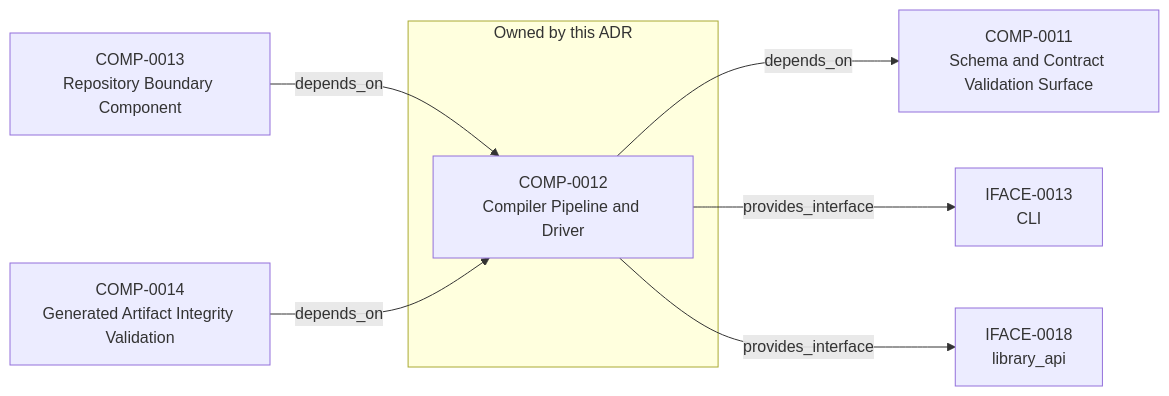
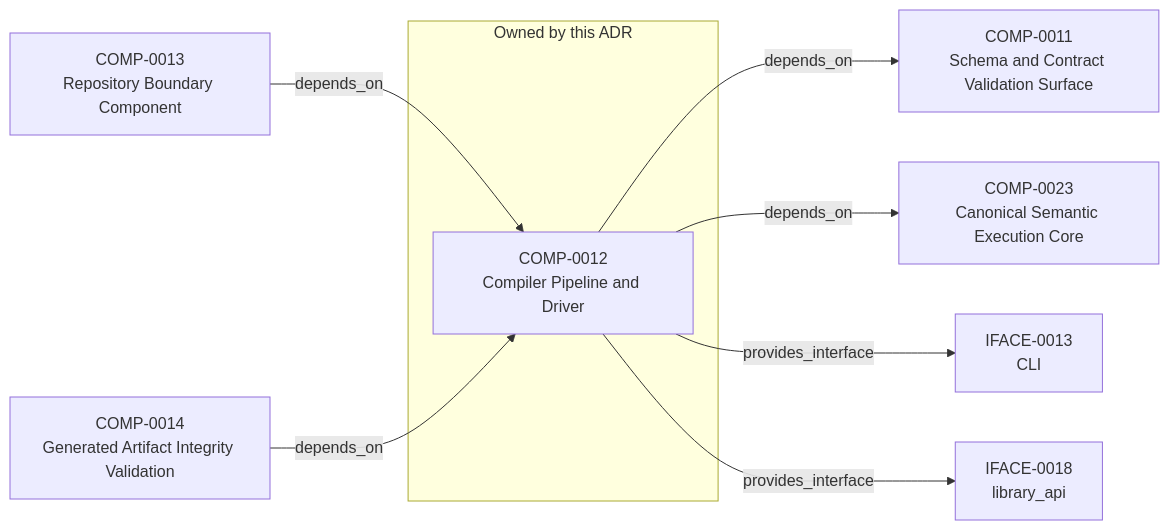
One commit to egallmann/adr-architecture-kit changed the diagram in adrs/adr-projection/physical-component/ADR-PC-0003-compiler-pipeline-and-driver.md. Above: the diagram before and after it, drawn with Mermaid. The commit also changed other lines of this file and 36 other files, not shown here.

Commit message:
docs: establish canonical semantic core architecture

````diff
--- a/adrs/adr-projection/physical-component/ADR-PC-0003-compiler-pipeline-and-driver.md
+++ b/adrs/adr-projection/physical-component/ADR-PC-0003-compiler-pipeline-and-driver.md
@@ -78,16 +78,18 @@
 ```mermaid
 flowchart LR
   subgraph subject["Owned by this ADR"]
     n_019fee89_e617_76ad_9336_b3615a6e4bde["COMP-0012<br/>Compiler Pipeline and Driver"]
   end
   n_019fee89_e617_7060_8f3f_4ecd46a719da["COMP-0011<br/>Schema and Contract Validation Surface"]
   n_019fee89_e617_779d_a12e_7713d58fbc21["IFACE-0013<br/>CLI"]
   n_019fee89_e618_74d1_9a1f_37e2c2982a51["COMP-0013<br/>Repository Boundary Component"]
   n_019fee89_e618_781c_831f_0d5fe24f7d85["COMP-0014<br/>Generated Artifact Integrity Validation"]
   n_019fee89_e618_7e7b_813b_2a48de1d809a["IFACE-0018<br/>library_api"]
+  n_01a10e4c_9ea8_76a2_93f7_8fbfd4c11741["COMP-0023<br/>Canonical Semantic Execution Core"]
   n_019fee89_e617_76ad_9336_b3615a6e4bde -->|"depends_on"| n_019fee89_e617_7060_8f3f_4ecd46a719da
+  n_019fee89_e617_76ad_9336_b3615a6e4bde -->|"depends_on"| n_01a10e4c_9ea8_76a2_93f7_8fbfd4c11741
   n_019fee89_e618_74d1_9a1f_37e2c2982a51 -->|"depends_on"| n_019fee89_e617_76ad_9336_b3615a6e4bde
   n_019fee89_e618_781c_831f_0d5fe24f7d85 -->|"depends_on"| n_019fee89_e617_76ad_9336_b3615a6e4bde
   n_019fee89_e617_76ad_9336_b3615a6e4bde -->|"provides_interface"| n_019fee89_e617_779d_a12e_7713d58fbc21
   n_019fee89_e617_76ad_9336_b3615a6e4bde -->|"provides_interface"| n_019fee89_e618_7e7b_813b_2a48de1d809a
 ```
````
